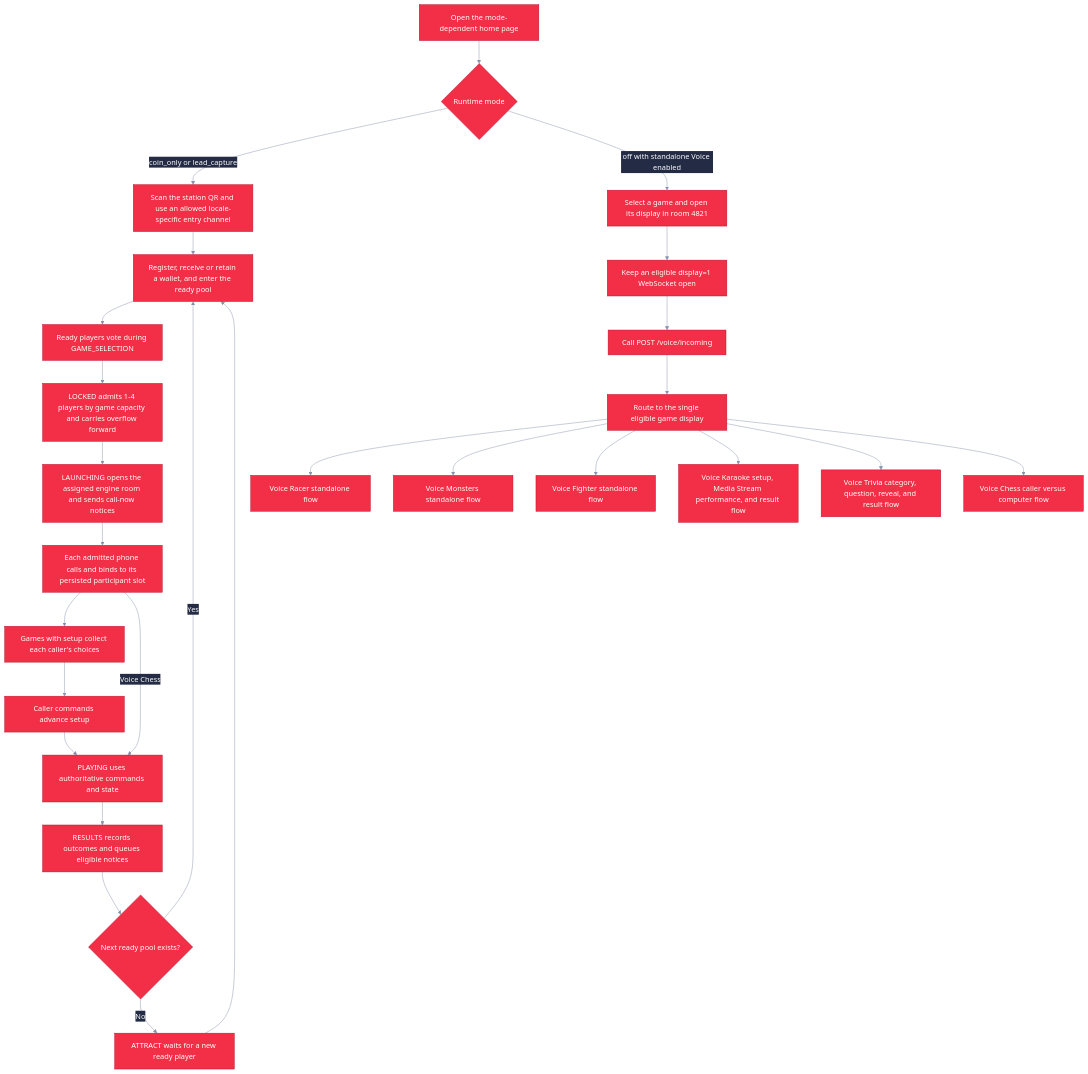
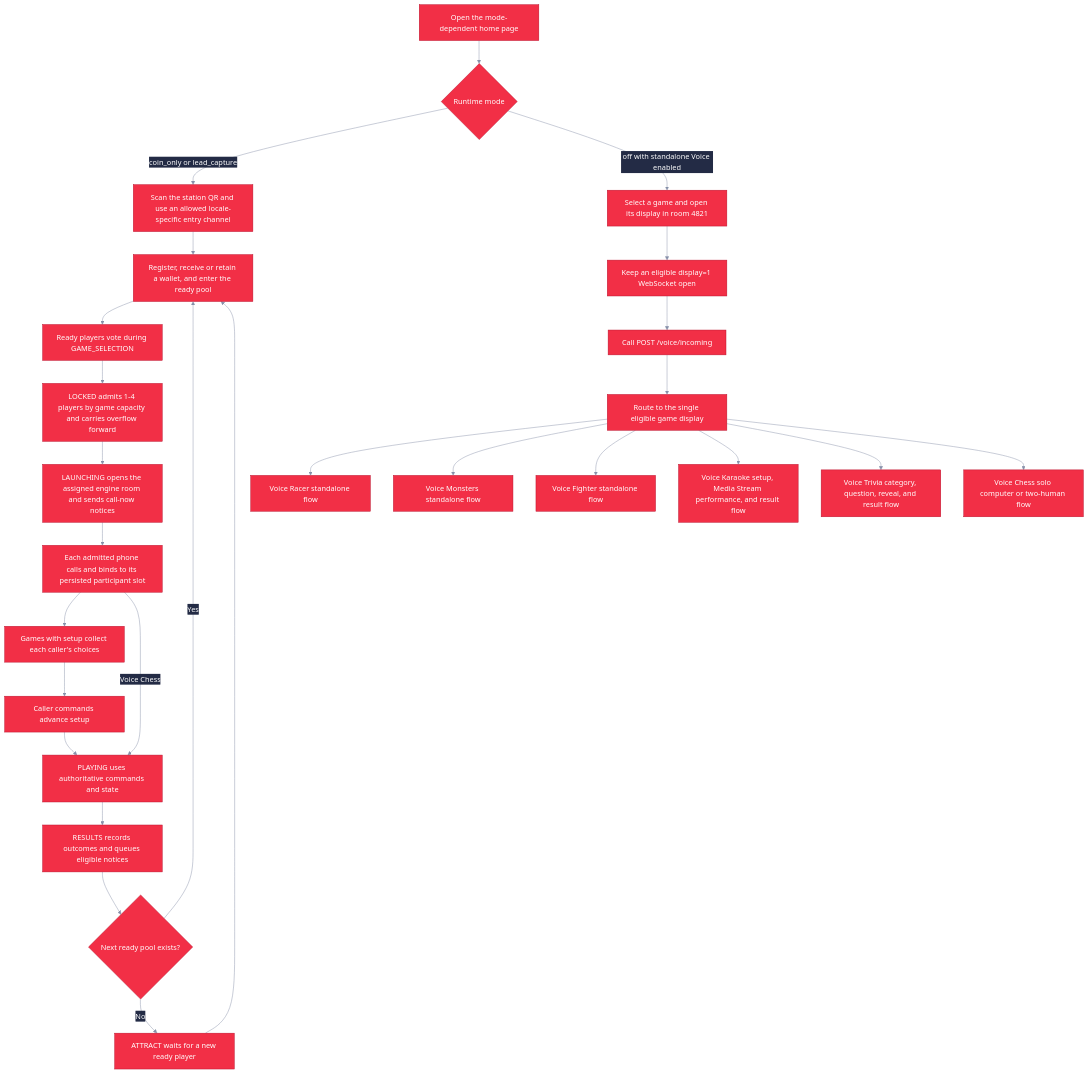
The second of 2 diagrams in README.md (anthonyplusAI/twilio-games), drawn with Mermaid before and after one commit. The commit also changed other lines of this file and 96 other files, not shown here.

Commit message:
Add shared-screen multiplayer and two-player Chess

````diff
--- a/README.md
+++ b/README.md
@@ -107,32 +111,32 @@
 ```mermaid
 %%{init: {"theme":"base","themeVariables":{"primaryColor":"#F22F46","primaryTextColor":"#FFFFFF","primaryBorderColor":"#B80F2A","lineColor":"#8891AA","secondaryColor":"#232B45","tertiaryColor":"#000D25"}}}%%
 flowchart TD
   Home[Open the mode-dependent home page] --> Mode{Runtime mode}
 
   Mode -->|coin_only or lead_capture| Join[Scan the station QR and use an allowed locale-specific entry channel]
   Join --> Ready[Register, receive or retain a wallet, and enter the ready pool]
   Ready --> Vote[Ready players vote during GAME_SELECTION]
   Vote --> Lock[LOCKED admits 1-4 players by game capacity and carries overflow forward]
   Lock --> Launch[LAUNCHING opens the assigned engine room and sends call-now notices]
   Launch --> Calls[Each admitted phone calls and binds to its persisted participant slot]
   Calls --> Setup[Games with setup collect each caller's choices]
   Calls -->|Voice Chess| Play
   Setup --> Gates[Caller commands advance setup]
   Gates --> Play[PLAYING uses authoritative commands and state]
   Play --> Results[RESULTS records outcomes and queues eligible notices]
   Results --> Next{Next ready pool exists?}
   Next -->|Yes| Ready
   Next -->|No| Attract[ATTRACT waits for a new ready player]
   Attract --> Ready
 
   Mode -->|off with standalone Voice enabled| Select[Select a game and open its display in room 4821]
   Select --> Open[Keep an eligible display=1 WebSocket open]
   Open --> Incoming[Call POST /voice/incoming]
   Incoming --> Route[Route to the single eligible game display]
   Route --> Racer[Voice Racer standalone flow]
   Route --> Monsters[Voice Monsters standalone flow]
   Route --> Fighter[Voice Fighter standalone flow]
   Route --> Karaoke[Voice Karaoke setup, Media Stream performance, and result flow]
   Route --> Trivia[Voice Trivia category, question, reveal, and result flow]
-  Route --> Chess[Voice Chess caller versus computer flow]
+  Route --> Chess[Voice Chess solo computer or two-human flow]
 ```
````
